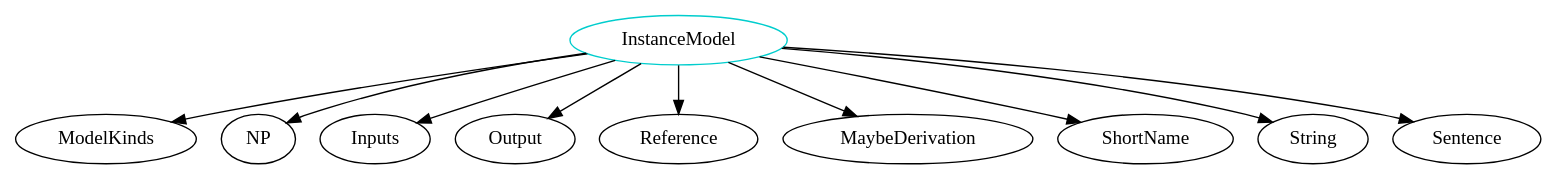
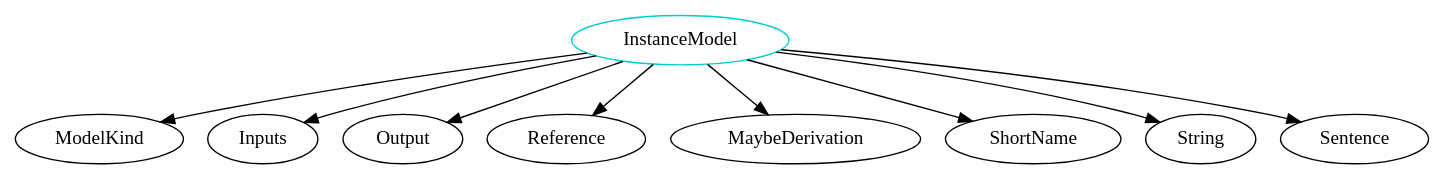
Before and after one commit to JacquesCarette/Drasil: the diagram in analysis/TypeDependencyGraphs/theory/InstanceModel.dot, drawn with Graphviz. The commit also changed 622 other files, not shown here.

```diff
--- a/analysis/TypeDependencyGraphs/theory/InstanceModel.dot
+++ b/analysis/TypeDependencyGraphs/theory/InstanceModel.dot
@@ -1,12 +1,11 @@
 digraph instancemodel{
-InstanceModel -> ModelKinds;
-InstanceModel -> NP;
+InstanceModel -> ModelKind;
 InstanceModel -> Inputs;
 InstanceModel -> Output;
 InstanceModel -> Reference;
 InstanceModel -> MaybeDerivation;
 InstanceModel -> ShortName;
 InstanceModel -> String;
 InstanceModel -> Sentence;
 InstanceModel	[shape=oval, color=cyan3, label=InstanceModel];
 }
```
